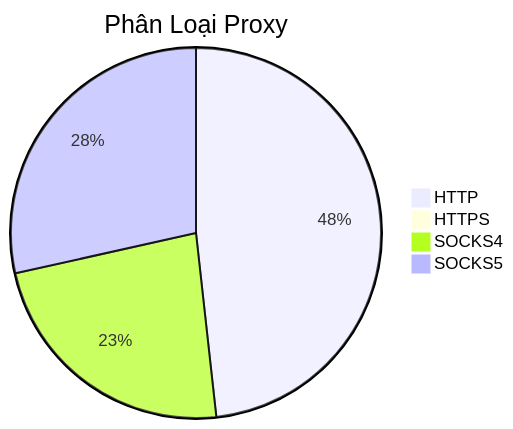
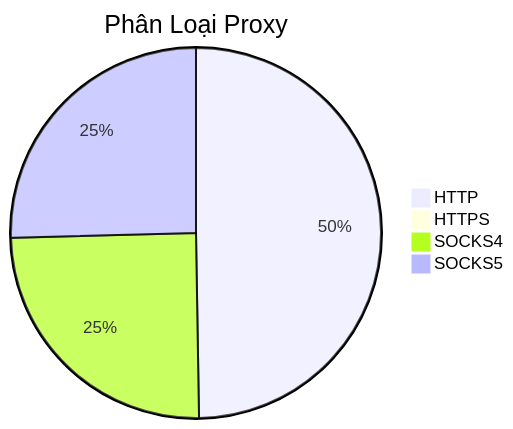
Before and after one commit to Ciara-12/PROXY-free: the diagram in README.md, drawn with Mermaid. The commit also changed other lines of this file and 4 other files, not shown here.

````diff
--- a/README.md
+++ b/README.md
@@ -26,7 +26,7 @@
 ```mermaid
 pie title Phân Loại Proxy
-    "HTTP" : 811
+    "HTTP" : 953
     "HTTPS" : 1
-    "SOCKS4" : 391
-    "SOCKS5" : 479
+    "SOCKS4" : 476
+    "SOCKS5" : 487
 ```
````
